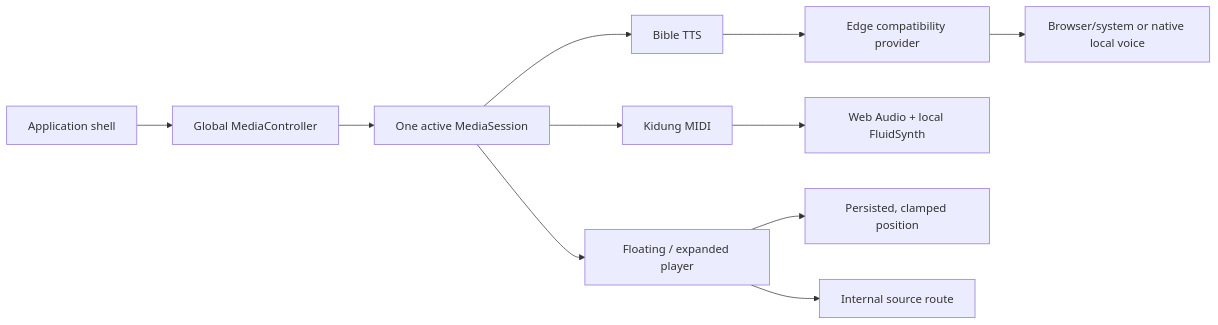
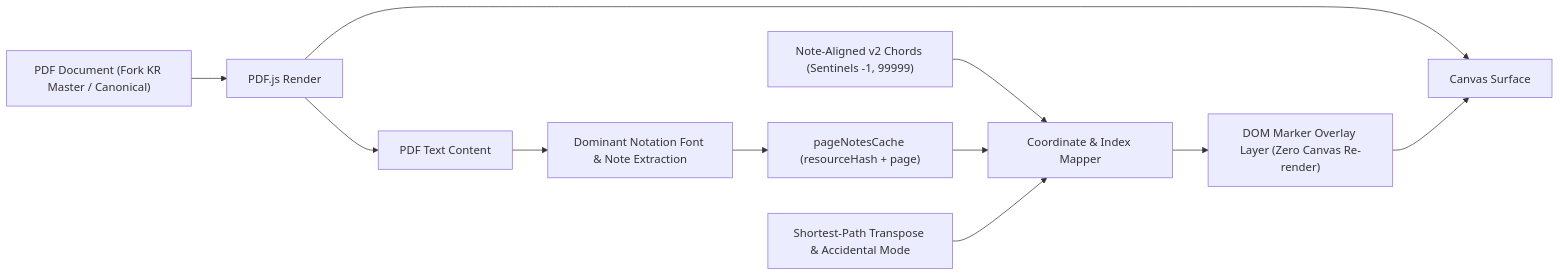
The ninth of 21 diagrams in docs/architecture.md (gyspnk/GYSApp-Tauri), drawn with Mermaid before and after one commit. The commit also changed other lines of this file and 27 other files, not shown here.

Commit message:
feat: complete mobile worship hardening, quick goto drag navigation, synchronized split reading, and architecture documentation

````diff
--- a/docs/architecture.md
+++ b/docs/architecture.md
@@ -217,13 +259,13 @@
 ```mermaid
 flowchart LR
-  SHELL["Application shell"] --> CONTROLLER["Global MediaController"]
-  CONTROLLER --> SESSION["One active MediaSession"]
-  SESSION --> TTS["Bible TTS"]
-  SESSION --> MIDI["Kidung MIDI"]
-  TTS --> EDGE["Edge compatibility provider"]
-  EDGE --> LOCAL["Browser/system or native local voice"]
-  MIDI --> ENGINE["Web Audio + local FluidSynth"]
-  SESSION --> SURFACE["Floating / expanded player"]
-  SURFACE --> POSITION["Persisted, clamped position"]
-  SURFACE --> SOURCE["Internal source route"]
+  PDFDOC["PDF Document (Fork KR Master / Canonical)"] --> PDFJS["PDF.js Render"]
+  PDFJS --> CANVAS["Canvas Surface"]
+  PDFJS --> TEXTCONTENT["PDF Text Content"]
+  TEXTCONTENT --> EXTRACT["Dominant Notation Font & Note Extraction"]
+  EXTRACT --> CACHE["pageNotesCache (resourceHash + page)"]
+  CHORDJSON["Note-Aligned v2 Chords (Sentinels -1, 99999)"] --> MAPPER["Coordinate & Index Mapper"]
+  CACHE --> MAPPER
+  TRANSPOSE["Shortest-Path Transpose & Accidental Mode"] --> MAPPER
+  MAPPER --> OVERLAY["DOM Marker Overlay Layer (Zero Canvas Re-render)"]
+  OVERLAY --> CANVAS
 ```
````
